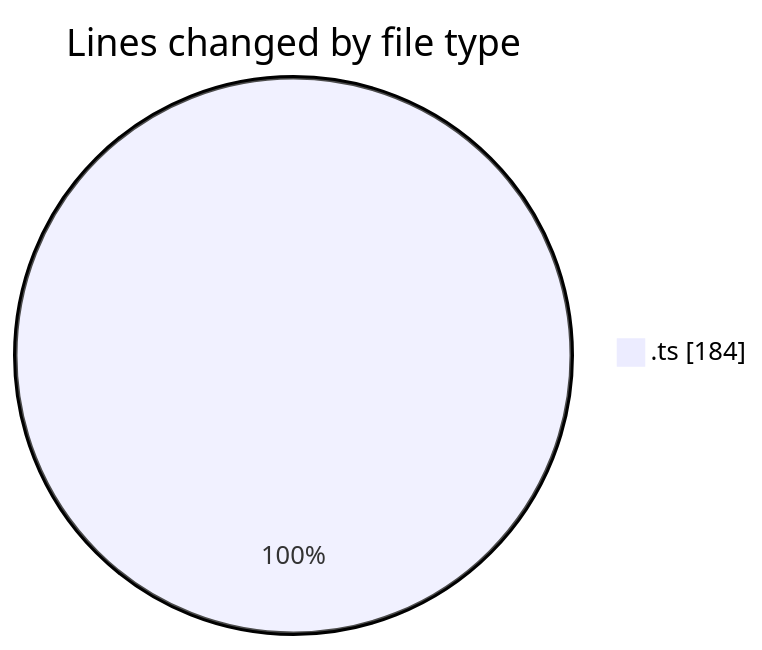
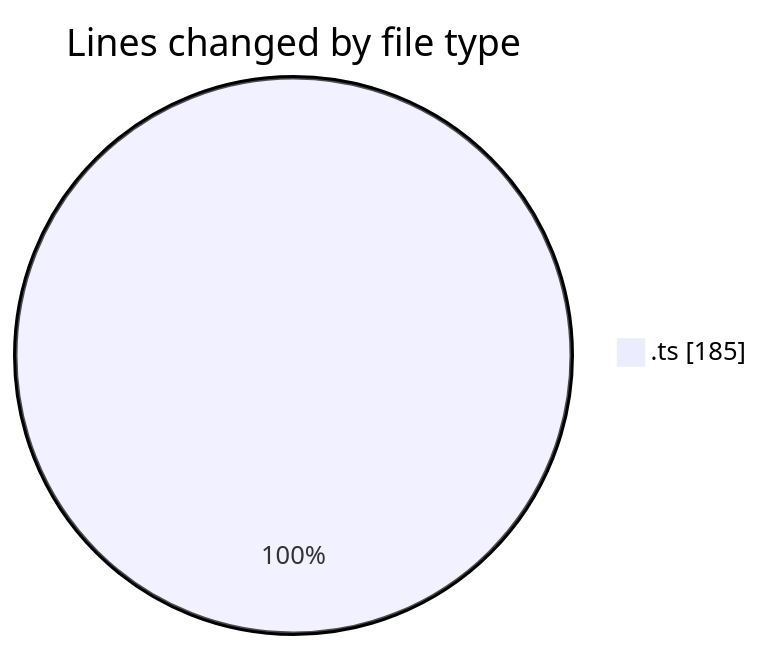
One commit to momahboobian/code-tracking changed the first of 2 diagrams in 2025-08-01/cda/README.md. Above: the diagram before and after it, drawn with Mermaid. The commit also changed other lines of this file and 1 other file, not shown here.

````diff
--- a/2025-08-01/cda/README.md
+++ b/2025-08-01/cda/README.md
@@ -20,5 +20,5 @@
 ```mermaid
 pie showData
 title Lines changed by file type
-".ts" : 184
+".ts" : 185
 ```
````
